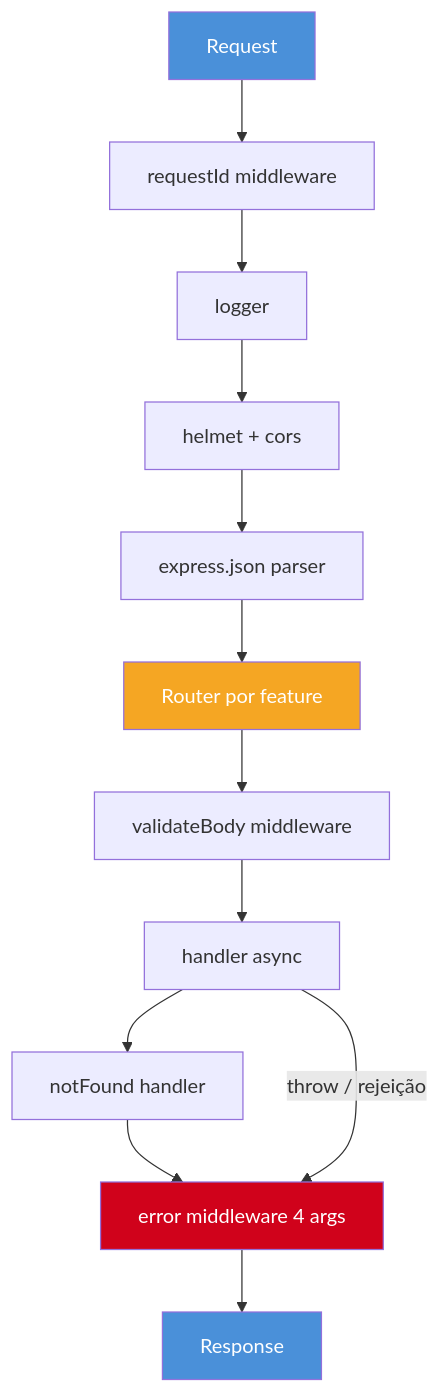
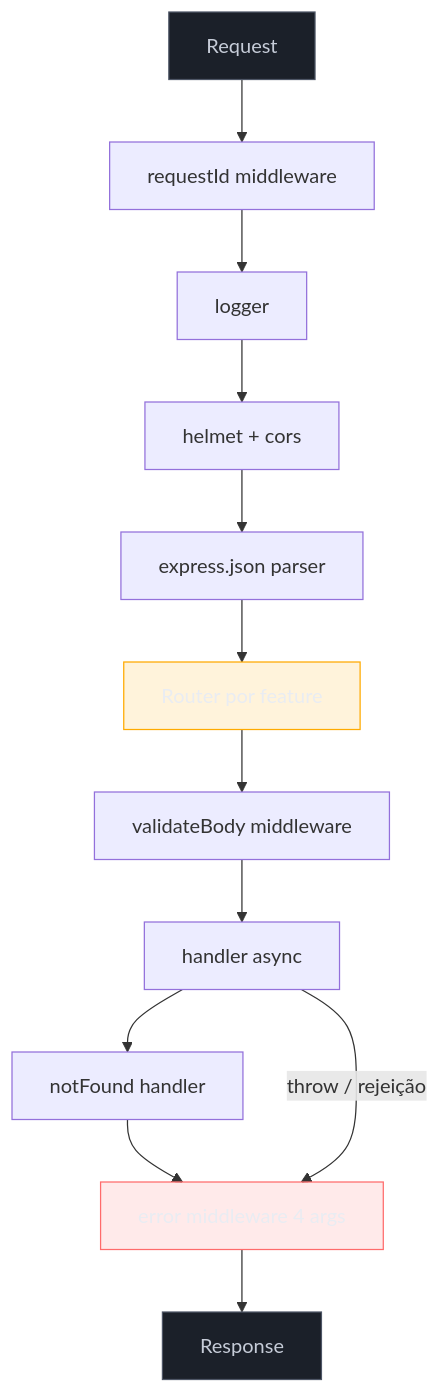
One commit to josenaldo/codex-technomanticus changed the diagram in 03-Dominios/Tecnologia/Node/Frameworks e arquitetura/02 - Express idiomático.md. Above: the diagram before and after it, drawn with Mermaid. The commit also changed 1181 other files, not shown here.

First line of the commit message:
fix(diagramas): paleta do sistema no lugar de cor cravada no markdown

````diff
--- a/03-Dominios/Tecnologia/Node/Frameworks e arquitetura/02 - Express idiomático.md
+++ b/03-Dominios/Tecnologia/Node/Frameworks e arquitetura/02 - Express idiomático.md
@@ -35,20 +35,23 @@
 ```mermaid
 flowchart TD
+    classDef neutro fill:#1B2029,stroke:#4E5666,color:#C6CCD8
+    classDef destaque fill:#FFAA0024,stroke:#FFAA00,color:#E9ECF2
+    classDef falha fill:#FF6B6B24,stroke:#FF6B6B,color:#E9ECF2
     R[Request] --> RI[requestId middleware]
     RI --> LG[logger]
     LG --> HM[helmet + cors]
     HM --> JP[express.json parser]
     JP --> RT[Router por feature]
     RT --> VM[validateBody middleware]
     VM --> H[handler async]
     H --> NF[notFound handler]
     NF --> EH[error middleware 4 args]
     EH --> RS[Response]
 
     H -->|throw / rejeição| EH
 
-    style R fill:#4A90D9,color:#fff
-    style RT fill:#F5A623,color:#fff
-    style EH fill:#D0021B,color:#fff
-    style RS fill:#4A90D9,color:#fff
+    class R neutro
+    class RT destaque
+    class EH falha
+    class RS neutro
 ```
````
